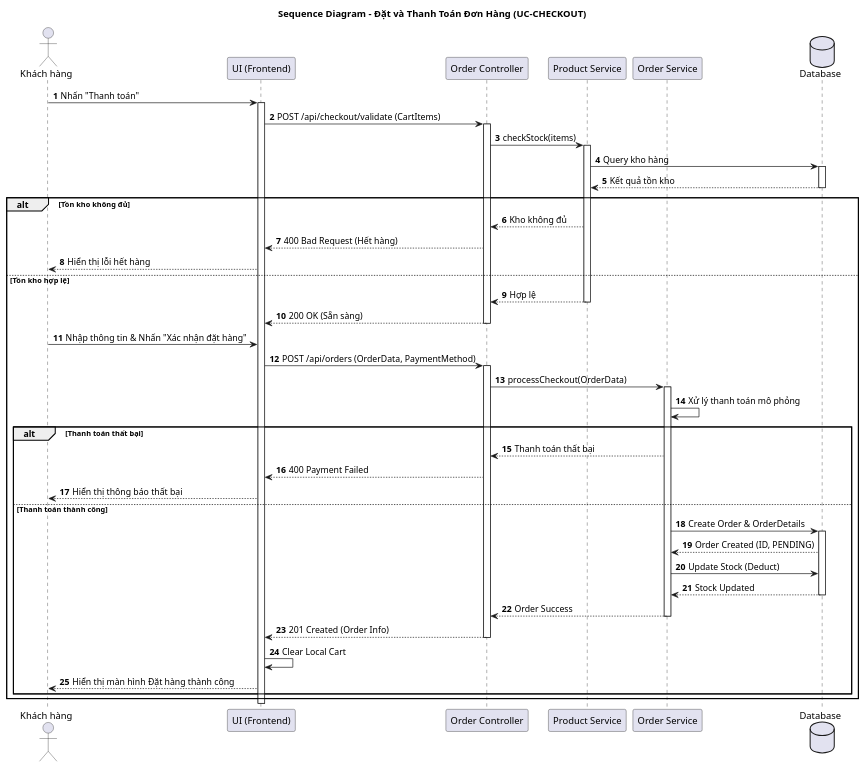
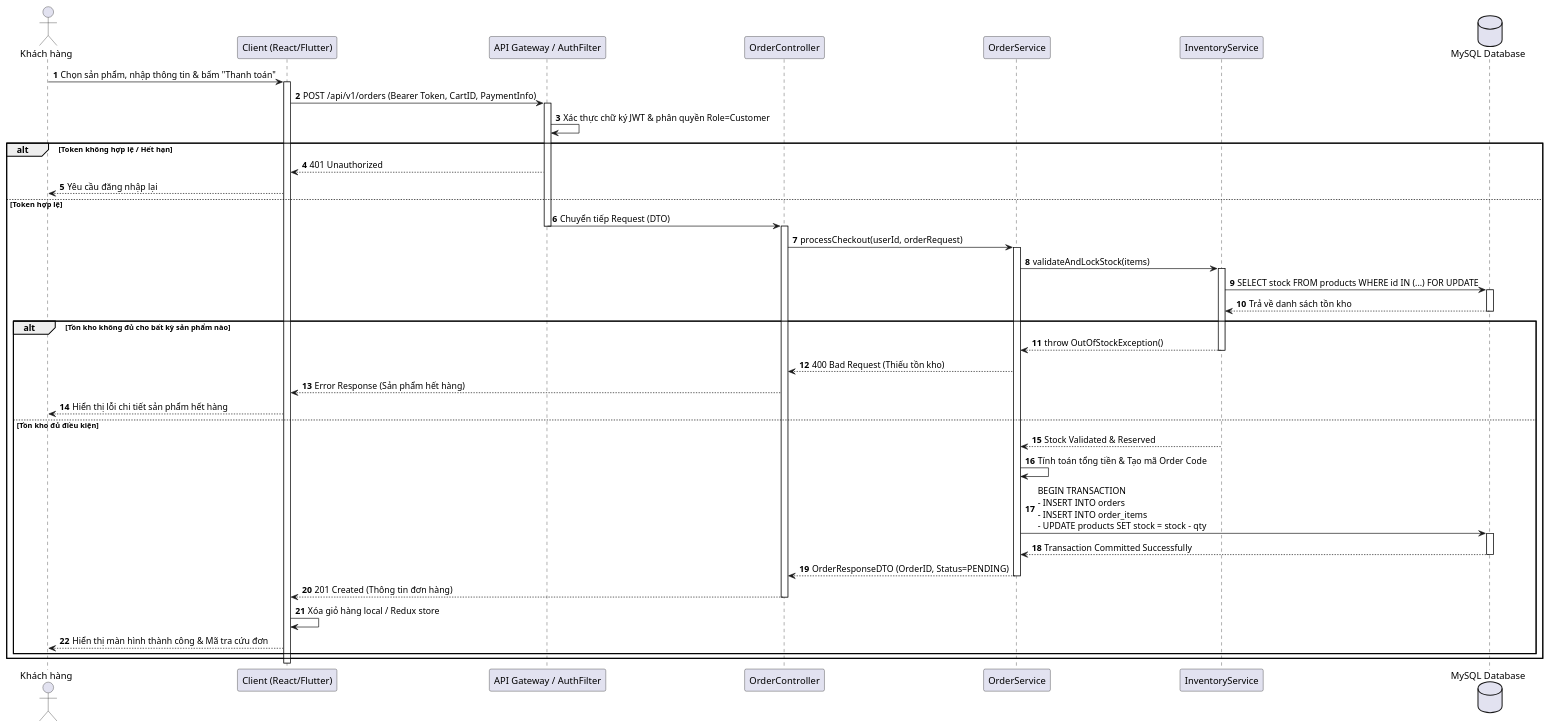
One commit to Nashando/BrewLite-SWE-project changed the diagram in TV2/Sequence diagram.md. Above: the diagram before and after it, drawn with PlantUML. The commit also changed 3 other files, not shown here.

First line of the commit message:
Diagram update

````diff
--- a/TV2/Sequence diagram.md
+++ b/TV2/Sequence diagram.md
@@ -1,68 +1,67 @@
-```plantuml
 @startuml
-title Sequence Diagram - Đặt và Thanh Toán Đơn Hàng (UC-CHECKOUT)
+autonumber
+skinparam BoxPadding 10
+skinparam ParticipantPadding 10
 
-autonumber
-actor "Khách hàng" as Customer
-participant "UI (Frontend)" as UI
-participant "Order Controller" as Controller
-participant "Product Service" as ProductSvc
-participant "Order Service" as OrderSvc
-database "Database" as DB
+actor "Khách hàng" as Cust
+participant "Client (React/Flutter)" as UI
+participant "API Gateway / AuthFilter" as Auth
+participant "OrderController" as Ctrl
+participant "OrderService" as Svc
+participant "InventoryService" as Inv
+database "MySQL Database" as DB
 
-Customer -> UI: Nhấn "Thanh toán"
+Cust -> UI: Chọn sản phẩm, nhập thông tin & bấm "Thanh toán"
 activate UI
 
-UI -> Controller: POST /api/checkout/validate (CartItems)
-activate Controller
-Controller -> ProductSvc: checkStock(items)
-activate ProductSvc
-ProductSvc -> DB: Query kho hàng
-activate DB
-DB --> ProductSvc: Kết quả tồn kho
-deactivate DB
+UI -> Auth: POST /api/v1/orders (Bearer Token, CartID, PaymentInfo)
+activate Auth
 
-alt Tồn kho không đủ
-    ProductSvc --> Controller: Kho không đủ
-    Controller --> UI: 400 Bad Request (Hết hàng)
-    UI --> Customer: Hiển thị lỗi hết hàng
-else Tồn kho hợp lệ
-    ProductSvc --> Controller: Hợp lệ
-    deactivate ProductSvc
-    Controller --> UI: 200 OK (Sẵn sàng)
-    deactivate Controller
-
-    Customer -> UI: Nhập thông tin & Nhấn "Xác nhận đặt hàng"
-    UI -> Controller: POST /api/orders (OrderData, PaymentMethod)
-    activate Controller
+Auth -> Auth: Xác thực chữ ký JWT & phân quyền Role=Customer
+alt Token không hợp lệ / Hết hạn
+    Auth --> UI: 401 Unauthorized
+    UI --> Cust: Yêu cầu đăng nhập lại
+else Token hợp lệ
+    Auth -> Ctrl: Chuyển tiếp Request (DTO)
+    deactivate Auth
+    activate Ctrl
     
-    Controller -> OrderSvc: processCheckout(OrderData)
-    activate OrderSvc
+    Ctrl -> Svc: processCheckout(userId, orderRequest)
+    activate Svc
     
-    OrderSvc -> OrderSvc: Xử lý thanh toán mô phỏng
-    alt Thanh toán thất bại
-        OrderSvc --> Controller: Thanh toán thất bại
-        Controller --> UI: 400 Payment Failed
-        UI --> Customer: Hiển thị thông báo thất bại
-    else Thanh toán thành công
-        OrderSvc -> DB: Create Order & OrderDetails
+    Svc -> Inv: validateAndLockStock(items)
+    activate Inv
+    Inv -> DB: SELECT stock FROM products WHERE id IN (...) FOR UPDATE
+    activate DB
+    DB --> Inv: Trả về danh sách tồn kho
+    deactivate DB
+    
+    alt Tồn kho không đủ cho bất kỳ sản phẩm nào
+        Inv --> Svc: throw OutOfStockException()
+        deactivate Inv
+        Svc --> Ctrl: 400 Bad Request (Thiếu tồn kho)
+        Ctrl --> UI: Error Response (Sản phẩm hết hàng)
+        UI --> Cust: Hiển thị lỗi chi tiết sản phẩm hết hàng
+    else Tồn kho đủ điều kiện
+        Inv --> Svc: Stock Validated & Reserved
+        deactivate Inv
+        
+        Svc -> Svc: Tính toán tổng tiền & Tạo mã Order Code
+        
+        Svc -> DB: BEGIN TRANSACTION\n- INSERT INTO orders\n- INSERT INTO order_items\n- UPDATE products SET stock = stock - qty
         activate DB
-        DB --> OrderSvc: Order Created (ID, PENDING)
-        
-        OrderSvc -> DB: Update Stock (Deduct)
-        DB --> OrderSvc: Stock Updated
+        DB --> Svc: Transaction Committed Successfully
         deactivate DB
         
-        OrderSvc --> Controller: Order Success
-        deactivate OrderSvc
+        Svc --> Ctrl: OrderResponseDTO (OrderID, Status=PENDING)
+        deactivate Svc
         
-        Controller --> UI: 201 Created (Order Info)
-        deactivate Controller
+        Ctrl --> UI: 201 Created (Thông tin đơn hàng)
+        deactivate Ctrl
         
-        UI -> UI: Clear Local Cart
-        UI --> Customer: Hiển thị màn hình Đặt hàng thành công
+        UI -> UI: Xóa giỏ hàng local / Redux store
+        UI --> Cust: Hiển thị màn hình thành công & Mã tra cứu đơn
     end
 end
 deactivate UI
 @enduml
-```
````
